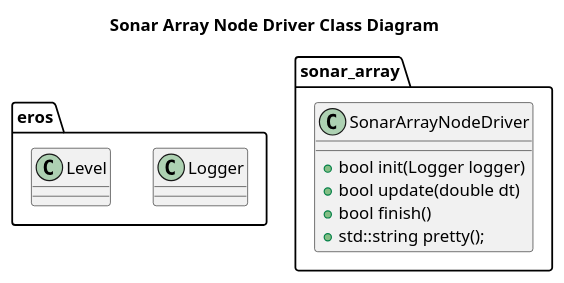
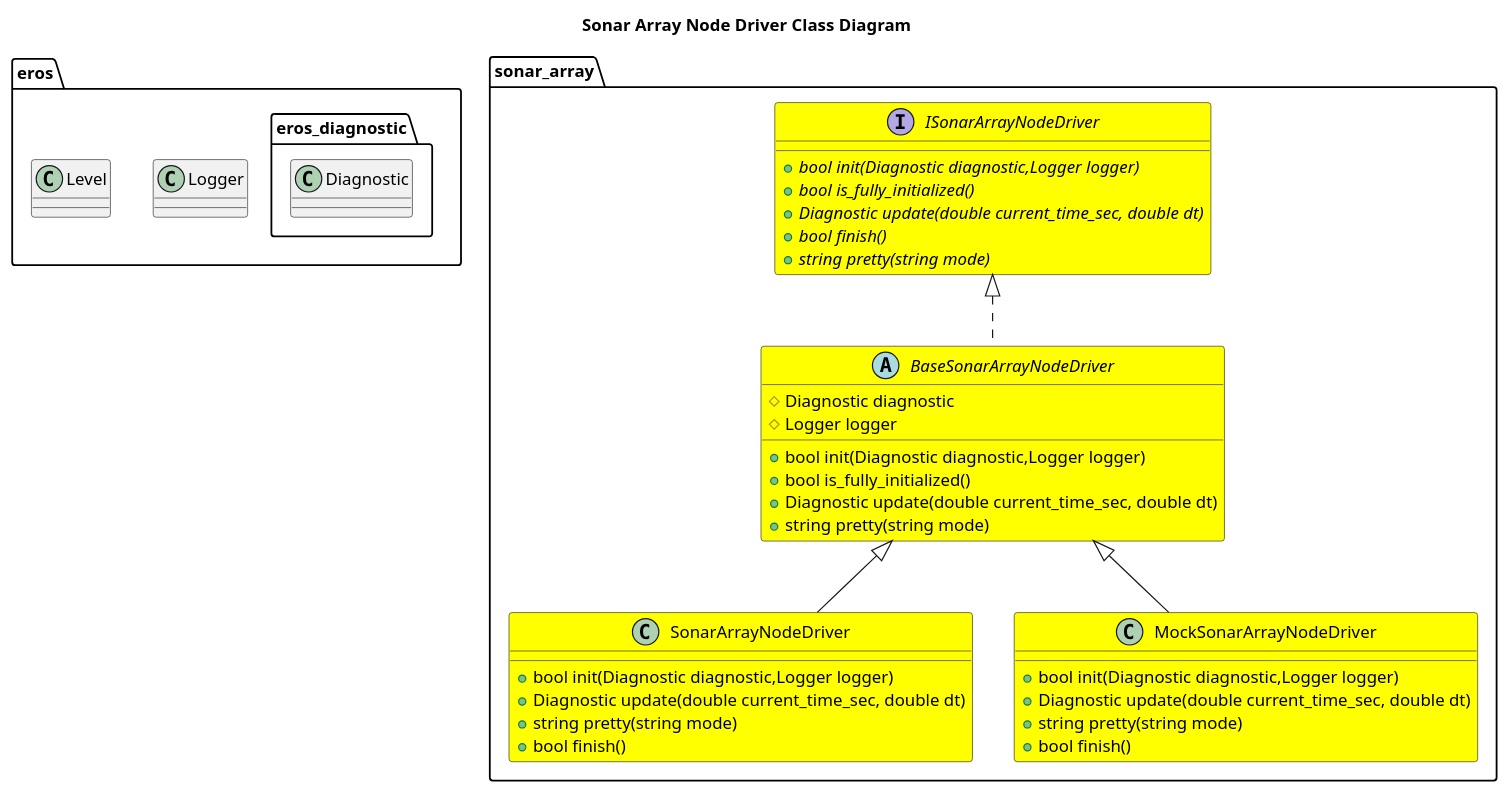
Before and after one commit to fastrobotics/sonar_array: the diagram in nodes/SonarArrayNode/driver/doc/SonarArrayNodeDriverClassDiagram.puml, drawn with PlantUML. The commit also changed 20 other files, not shown here.

```diff
--- a/nodes/SonarArrayNode/driver/doc/SonarArrayNodeDriverClassDiagram.puml
+++ b/nodes/SonarArrayNode/driver/doc/SonarArrayNodeDriverClassDiagram.puml
@@ -1,16 +1,46 @@
 @startuml
 title Sonar Array Node Driver Class Diagram
-namespace eros {
+package eros {
     class Logger
     class Level
+    namespace eros_diagnostic {
+        class Diagnostic
+    }
 }
 
+
 namespace sonar_array {
-    class SonarArrayNodeDriver  {
-        +bool init(Logger logger)
-        +bool update(double dt)
+    interface ISonarArrayNodeDriver #Yellow {
+        +{abstract} bool init(Diagnostic diagnostic,Logger logger)
+        +{abstract} bool is_fully_initialized()
+        +{abstract} Diagnostic update(double current_time_sec, double dt)
+        +{abstract} bool finish()
+        +{abstract} string pretty(string mode)
+    }
+    abstract BaseSonarArrayNodeDriver #Yellow {
+        +bool init(Diagnostic diagnostic,Logger logger)
+        +bool is_fully_initialized()
+        +Diagnostic update(double current_time_sec, double dt)
+        +string pretty(string mode)
+        #Diagnostic diagnostic
+        #Logger logger
+
+    }
+    ISonarArrayNodeDriver <|.. BaseSonarArrayNodeDriver
+    class SonarArrayNodeDriver #Yellow {
+        +bool init(Diagnostic diagnostic,Logger logger)
+        +Diagnostic update(double current_time_sec, double dt)
+        +string pretty(string mode)
         +bool finish()
-        +std::string pretty();
     }
+    BaseSonarArrayNodeDriver <|-- SonarArrayNodeDriver
+    class MockSonarArrayNodeDriver #Yellow {
+        +bool init(Diagnostic diagnostic,Logger logger)
+        +Diagnostic update(double current_time_sec, double dt)
+        +string pretty(string mode)
+        +bool finish()
+    }
+    BaseSonarArrayNodeDriver <|-- MockSonarArrayNodeDriver
+
 }
 @enduml
```
